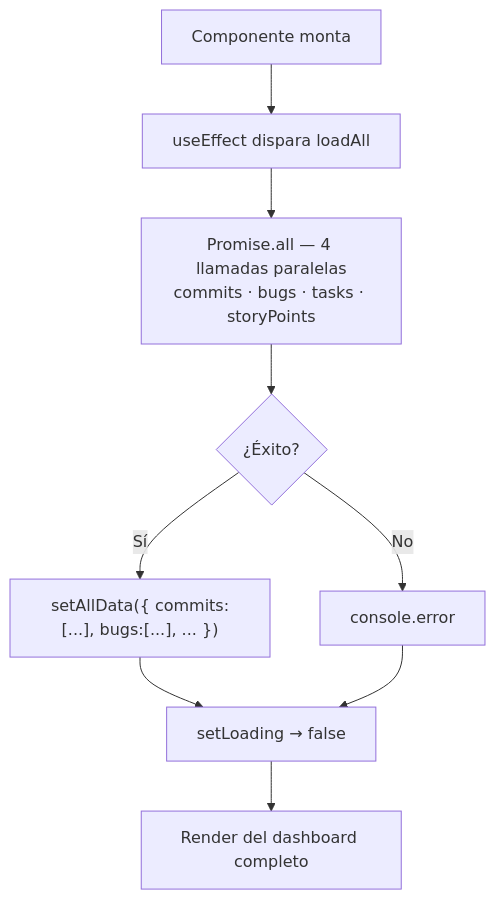
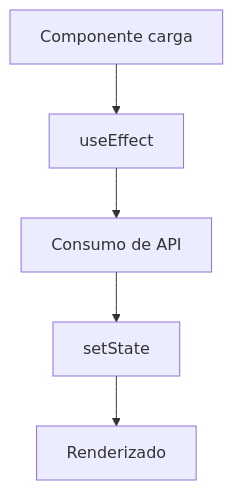
One commit to lilianaramosvz/analisisCodigo changed the second of 3 diagrams in README.md. Above: the diagram before and after it, drawn with Mermaid. The commit also changed other lines of this file, not shown here.

````diff
--- a/README.md
+++ b/README.md
@@ -319,11 +179,13 @@
 ```mermaid
 flowchart TD
-    A[Componente monta] --> B[useEffect dispara loadAll]
-    B --> C["Promise.all — 4 llamadas paralelas\ncommits · bugs · tasks · storyPoints"]
-    C --> D{¿Éxito?}
-    D -- Sí --> E["setAllData({ commits:[...], bugs:[...], ... })"]
-    D -- No --> F[console.error]
-    E --> G[setLoading → false]
-    F --> G
-    G --> H[Render del dashboard completo]
+    A[Componente carga]
+    B[useEffect]
+    C[Consumo de API]
+    D[setState]
+    E[Renderizado]
+
+    A --> B
+    B --> C
+    C --> D
+    D --> E
 ```
````
